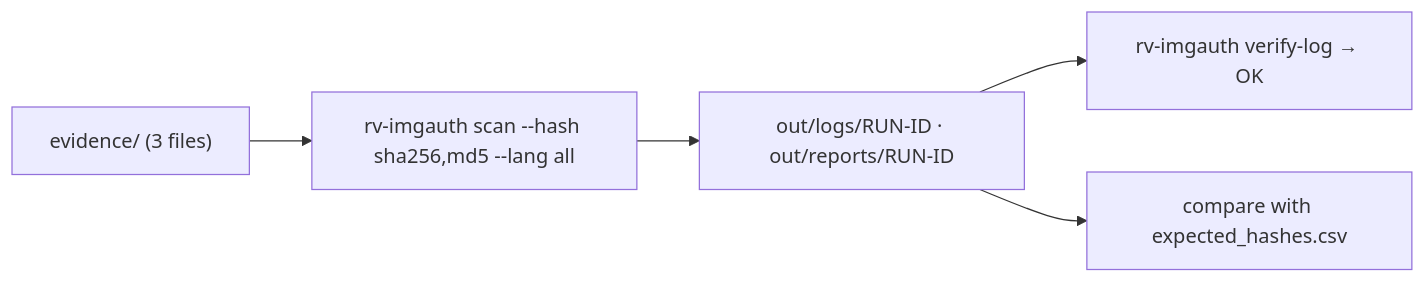
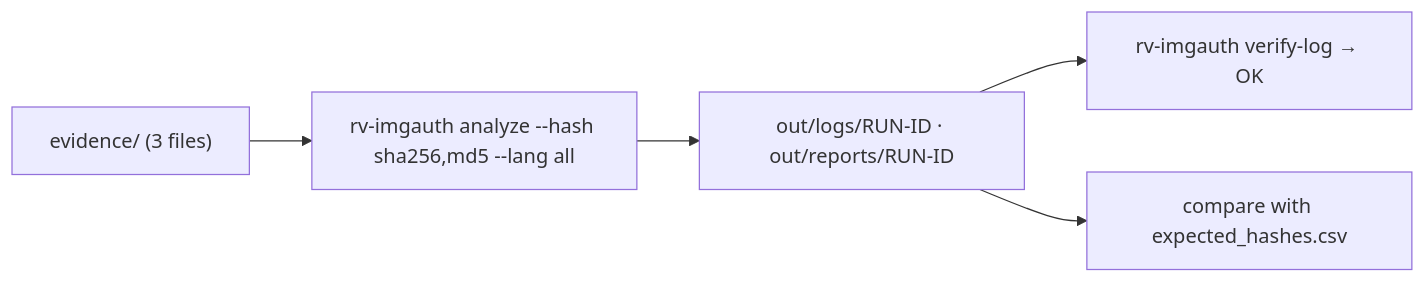
The diagram in examples/README.md (Panacota96/rv-imgauth), drawn with Mermaid before and after one commit. The commit also changed other lines of this file and 84 other files, not shown here.

````diff
--- a/examples/README.md
+++ b/examples/README.md
@@ -14,7 +15,7 @@
 ```mermaid
 flowchart LR
-    E["evidence/ (3 files)"] --> S["rv-imgauth scan --hash sha256,md5 --lang all"]
+    E["evidence/ (3 files)"] --> S["rv-imgauth analyze --hash sha256,md5 --lang all"]
     S --> O["out/logs/RUN-ID · out/reports/RUN-ID"]
     O --> V["rv-imgauth verify-log → OK"]
     O --> C["compare with expected_hashes.csv"]
 ```
````
